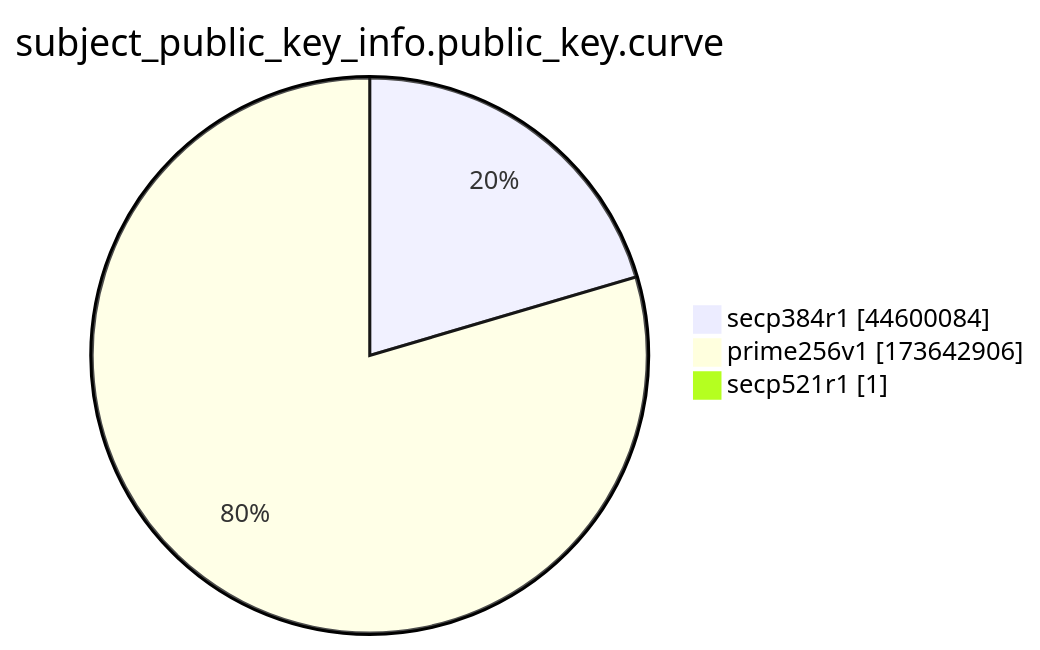
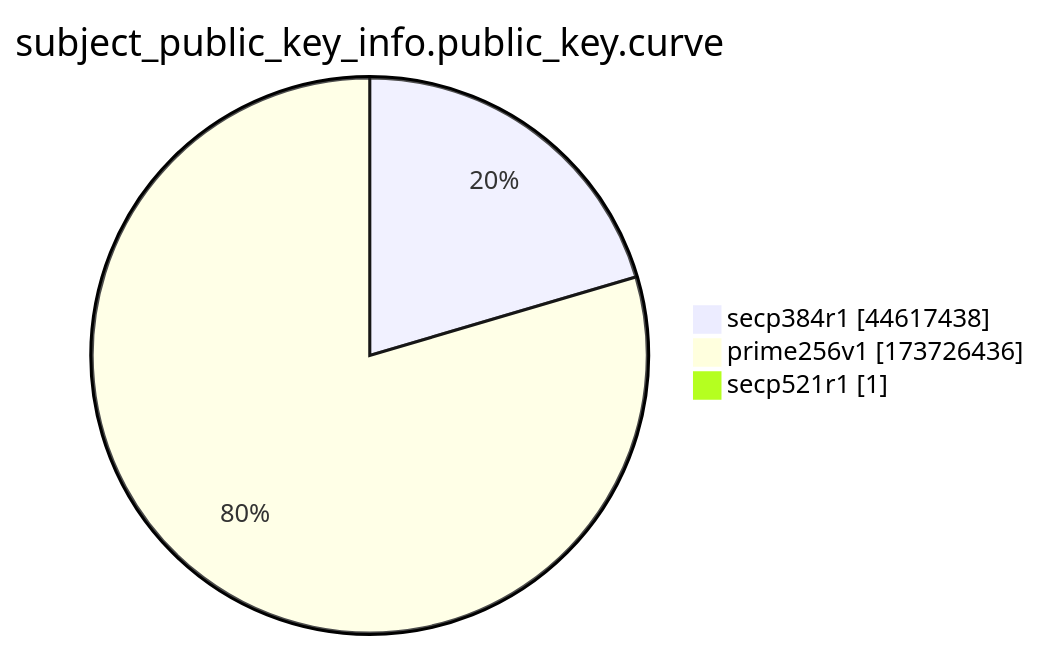
The ninth of 15 diagrams in xenon2022/README.md (christiankrug/ctmonitor_visualization), drawn with Mermaid before and after one commit. The commit also changed other lines of this file, not shown here.

````diff
--- a/xenon2022/README.md
+++ b/xenon2022/README.md
@@ -2871,7 +2871,7 @@
 ```mermaid
 pie showData
 title subject_public_key_info.public_key.curve
-"secp384r1" :44600084
-"prime256v1" :173642906
+"secp384r1" :44617438
+"prime256v1" :173726436
 "secp521r1" :1
 ```
````
